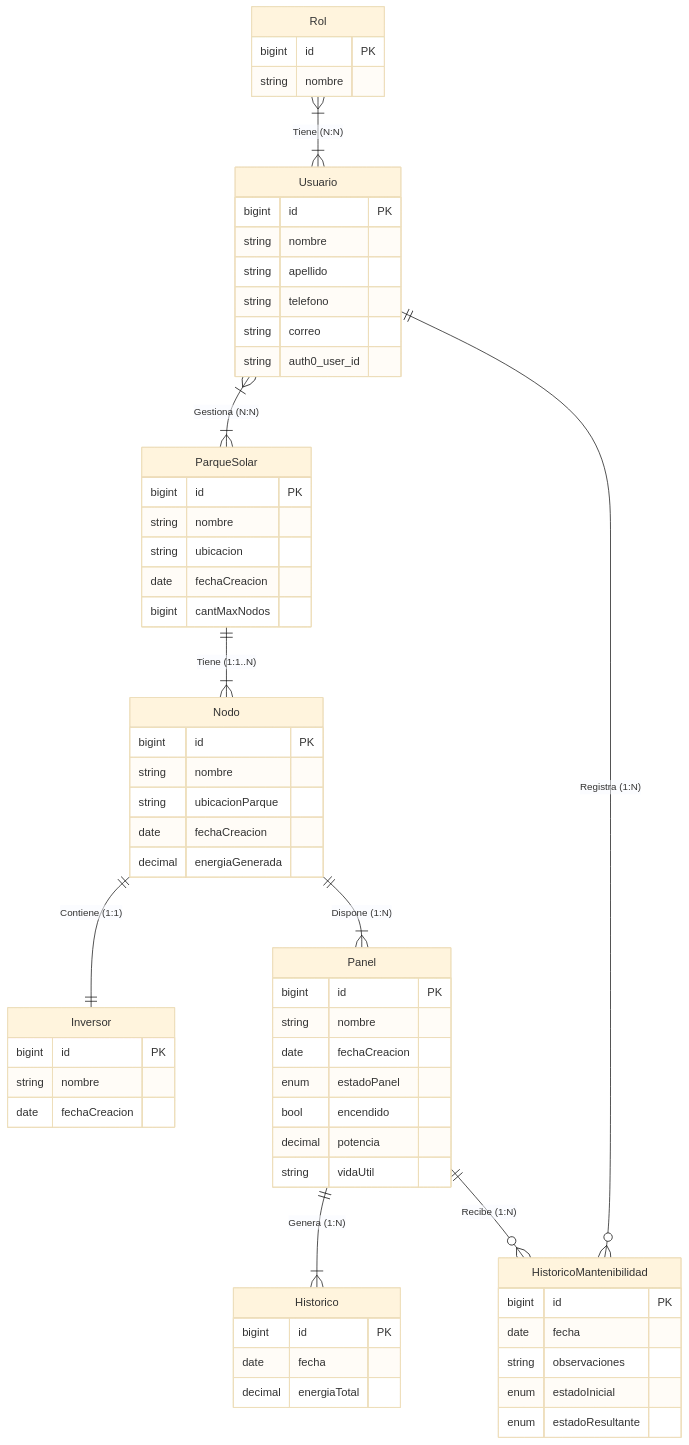
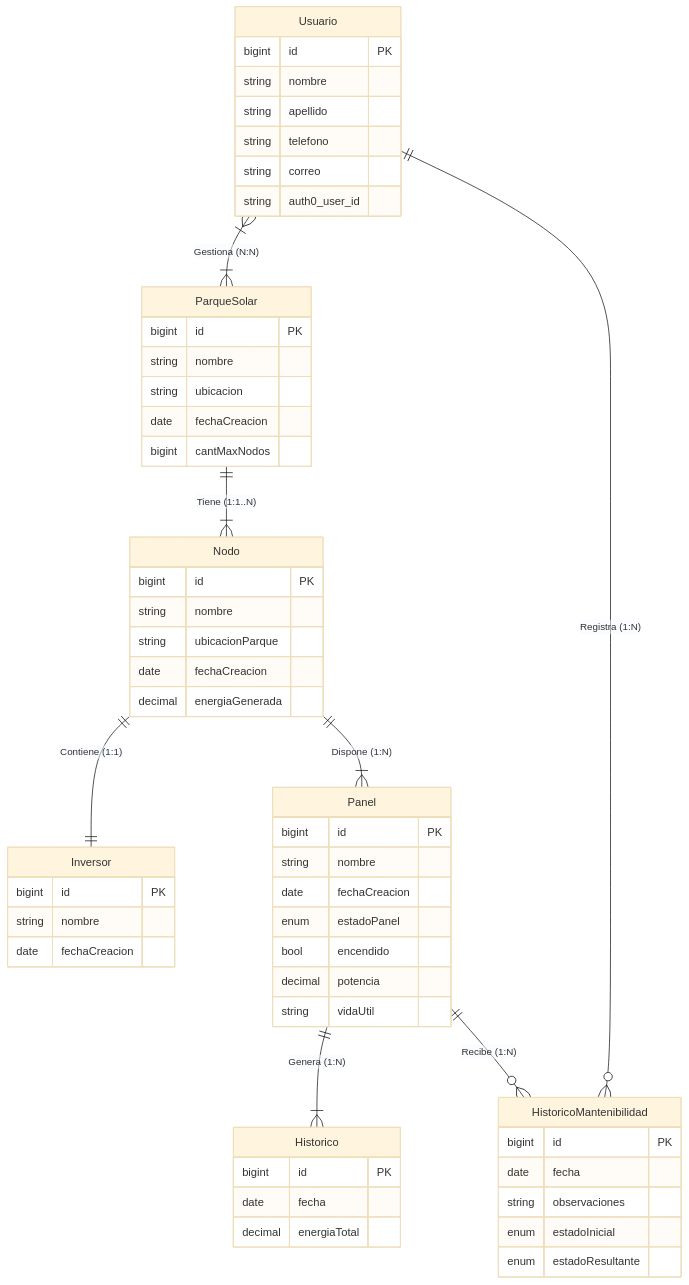
One commit to kevinGarcia00/Taller_.NET changed the diagram in Taller_.NET/MER.md. Above: the diagram before and after it, drawn with Mermaid (base theme). The commit also changed other lines of this file and 60 other files, not shown here.

````diff
--- a/Taller_.NET/MER.md
+++ b/Taller_.NET/MER.md
@@ -1,72 +1,66 @@
 ```mermaid
 erDiagram
-Rol {
-bigint id PK
-string nombre
-}
-
     Usuario {
         bigint id PK
         string nombre
         string apellido
         string telefono
         string correo
         string auth0_user_id
     }
 
     ParqueSolar {
         bigint id PK
         string nombre
         string ubicacion
         date fechaCreacion
         bigint cantMaxNodos
     }
 
     Nodo {
         bigint id PK
         string nombre
         string ubicacionParque
         date fechaCreacion
         decimal energiaGenerada
     }
 
     Inversor {
         bigint id PK
         string nombre
         date fechaCreacion
     }
 
     Panel {
         bigint id PK
         string nombre
         date fechaCreacion
         enum estadoPanel
         bool encendido
         decimal potencia
         string vidaUtil
     }
 
     Historico {
         bigint id PK
         date fecha
         decimal energiaTotal
     }
 
     HistoricoMantenibilidad {
         bigint id PK
         date fecha
         string observaciones
         enum estadoInicial
         enum estadoResultante
     }
 
     %% Relaciones
-    Rol }|--|{ Usuario : "Tiene (N:N)"
     Usuario }|--|{ ParqueSolar : "Gestiona (N:N)"
     ParqueSolar ||--|{ Nodo : "Tiene (1:1..N)"
     Nodo ||--|| Inversor : "Contiene (1:1)"
     Nodo ||--|{ Panel : "Dispone (1:N)"
     Usuario ||--o{ HistoricoMantenibilidad : "Registra (1:N)"
     Panel ||--o{ HistoricoMantenibilidad : "Recibe (1:N)"
     Panel ||--|{ Historico : "Genera (1:N)"
 ```
````
